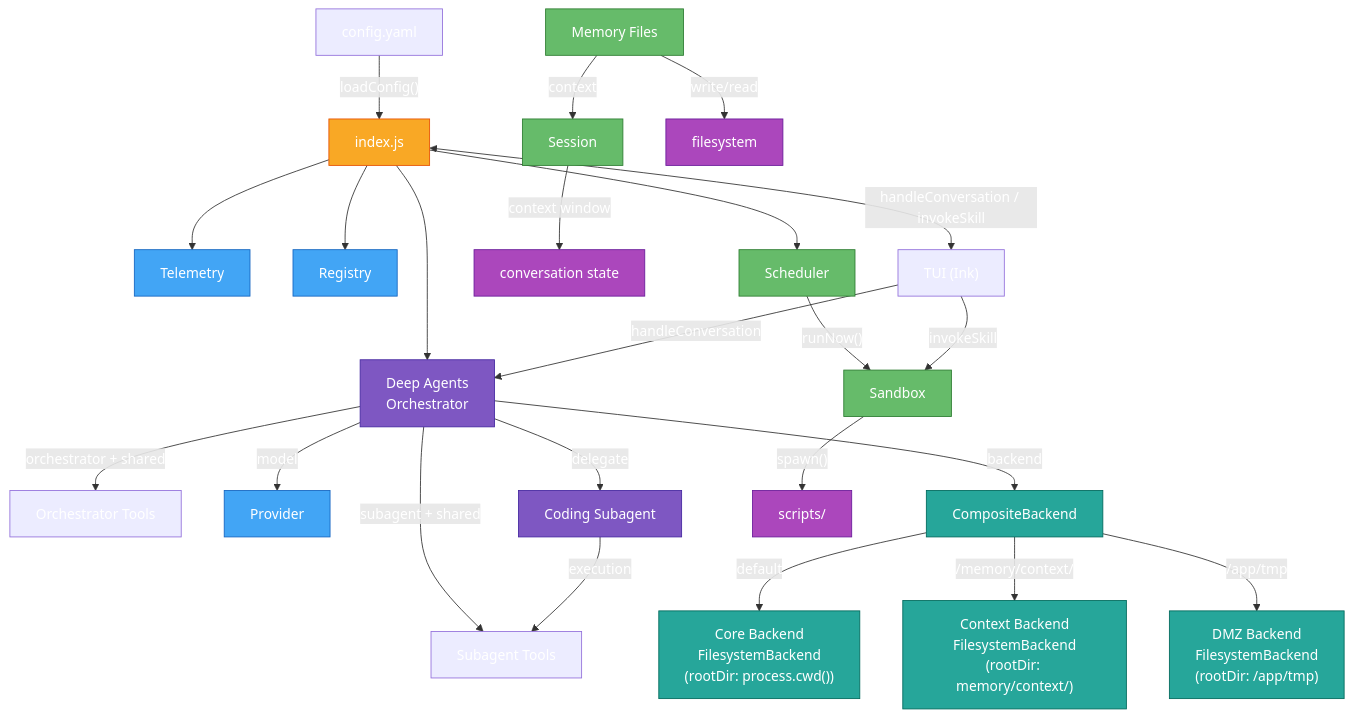
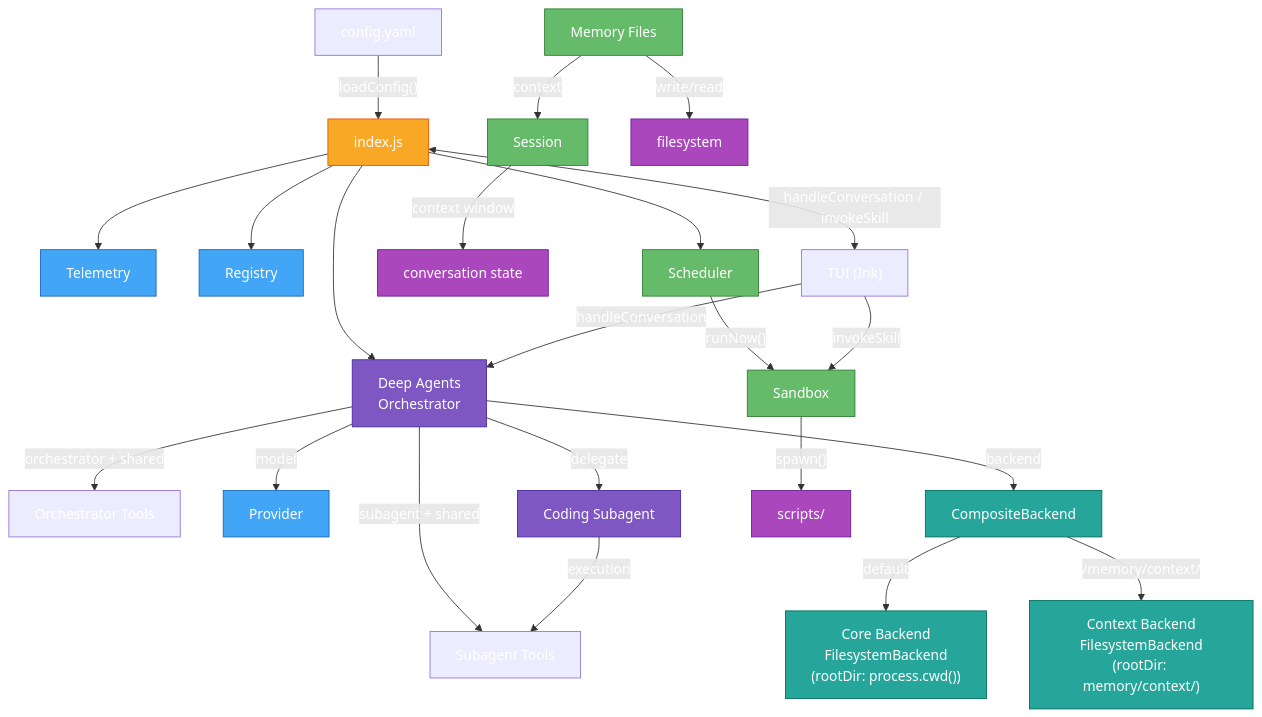
Before and after one commit to avoidwork/madz: the diagram in docs/OVERVIEW.md, drawn with Mermaid. The commit also changed other lines of this file and 3 other files, not shown here.

Commit message:
docs: remove all DMZ backend references from documentation

````diff
--- a/docs/OVERVIEW.md
+++ b/docs/OVERVIEW.md
@@ -9,38 +9,37 @@
 ```mermaid
 graph TD
     C["config.yaml"] -->|"loadConfig()"| I["index.js"]
     I --> T["Telemetry"]
     I --> R["Registry"]
     I --> S["Scheduler"]
     I --> DA["Deep Agents\nOrchestrator"]
     DA -->|"orchestrator + shared"| OT["Orchestrator Tools"]
     DA -->|"subagent + shared"| ST["Subagent Tools"]
     DA -->|"model"| P["Provider"]
     DA -->|"backend"| CB["CompositeBackend"]
     CB -->|"default"| CFB["Core Backend\nFilesystemBackend\n(rootDir: process.cwd())"]
     CB -->|"/memory/context/"| CTB["Context Backend\nFilesystemBackend\n(rootDir: memory/context/)"]
-    CB -->|"/app/tmp"| DB["DMZ Backend\nFilesystemBackend\n(rootDir: /app/tmp)"]
     DA -->|"delegate"| SA["Coding Subagent"]
     SA -->|"execution"| ST
     S -->|"runNow()"| SB["Sandbox"]
     SB -->|"spawn()"| SK["scripts/"]
     TM["Memory Files"] -->|"context"| SE["Session"]
     SE -->|context window| CW["conversation state"]
     TM -->|write/read| FS["filesystem"]
     UI["TUI (Ink)"] -->|"handleConversation"| DA
     UI -->|"invokeSkill"| SB
     I <-->|handleConversation / invokeSkill| UI
     classDef root fill:#f9a825,color:#fff,stroke:#e65100
     classDef core fill:#42a5f5,color:#fff,stroke:#1565c0
     classDef util fill:#66bb6a,color:#fff,stroke:#2e7d32
     classDef ext fill:#ab47bc,color:#fff,stroke:#6a1b9a
     classDef cache fill:#26a69a,color:#fff,stroke:#00695c
     classDef agent fill:#7e57c2,color:#fff,stroke:#4527a0
     classDef backend fill:#26a69a,color:#fff,stroke:#00695c
     class I root
     class DA,P,T,R core
     class DA,SA agent
     class S,TM,SE,SB util
     class SK,CW,FS ext
     class CB,CFB,CTB,DB backend
 ```
````
